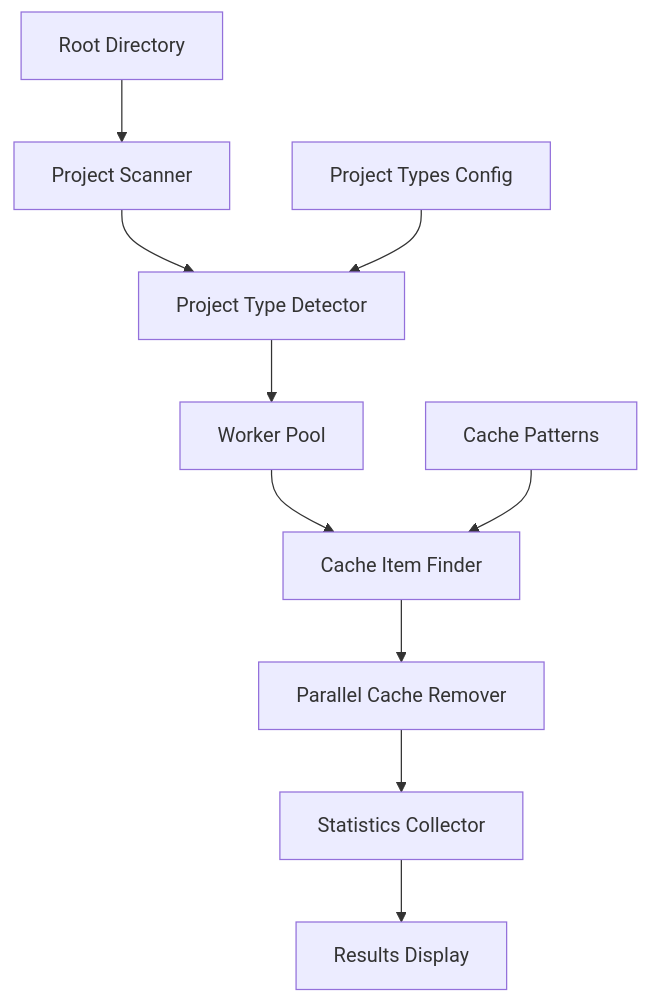
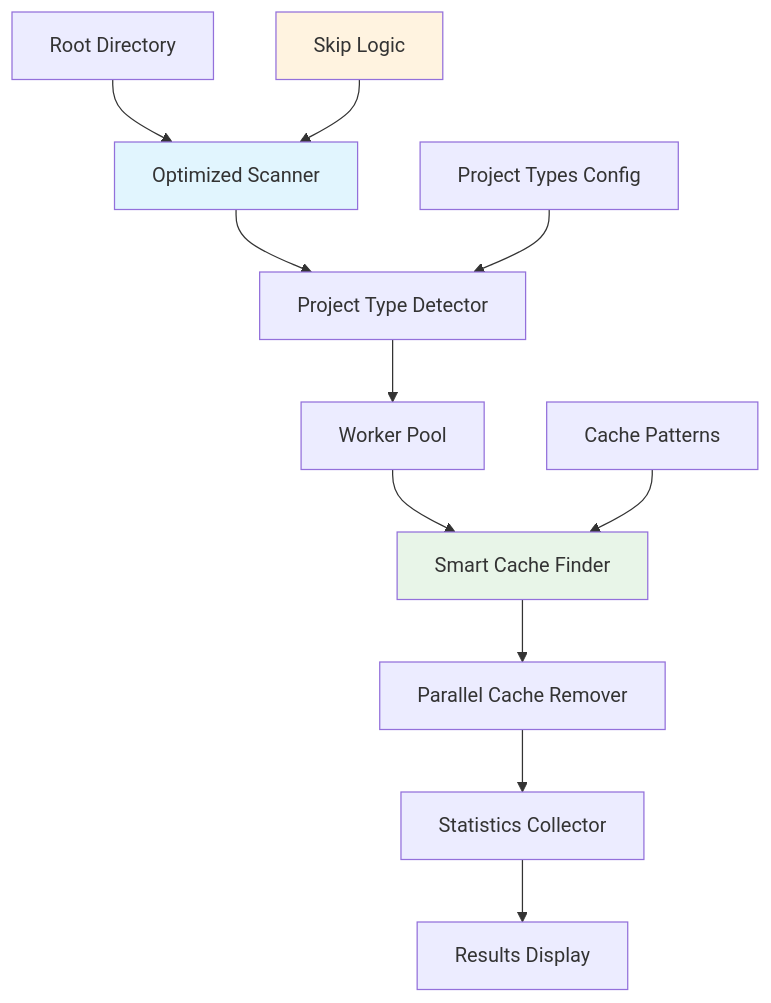
The diagram in README.md (abudhahir/projects-cache-clean), drawn with Mermaid before and after one commit. The commit also changed other lines of this file, not shown here.

````diff
--- a/README.md
+++ b/README.md
@@ -16,13 +17,18 @@
 ```mermaid
 graph TD
-    A[Root Directory] --> B[Project Scanner]
+    A[Root Directory] --> B[Optimized Scanner]
     B --> C[Project Type Detector]
     C --> D[Worker Pool]
-    D --> E[Cache Item Finder]
+    D --> E[Smart Cache Finder]
     E --> F[Parallel Cache Remover]
     F --> G[Statistics Collector]
     G --> H[Results Display]
     
     I[Project Types Config] --> C
     J[Cache Patterns] --> E
+    K[Skip Logic] --> B
+    
+    style B fill:#e1f5fe
+    style E fill:#e8f5e8
+    style K fill:#fff3e0
 ```
````
